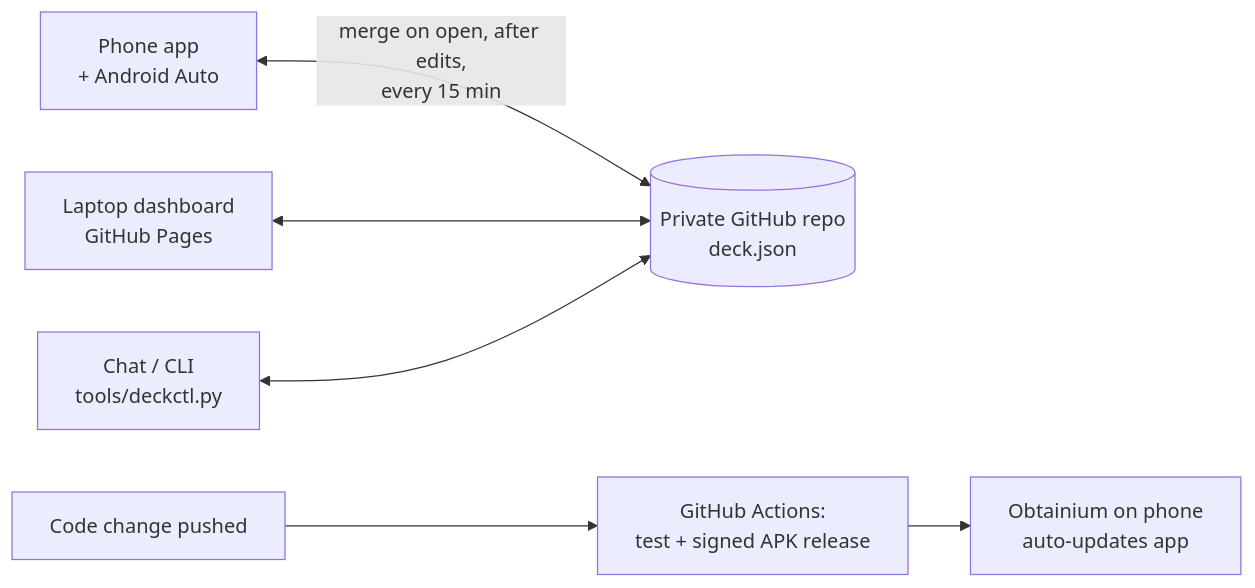
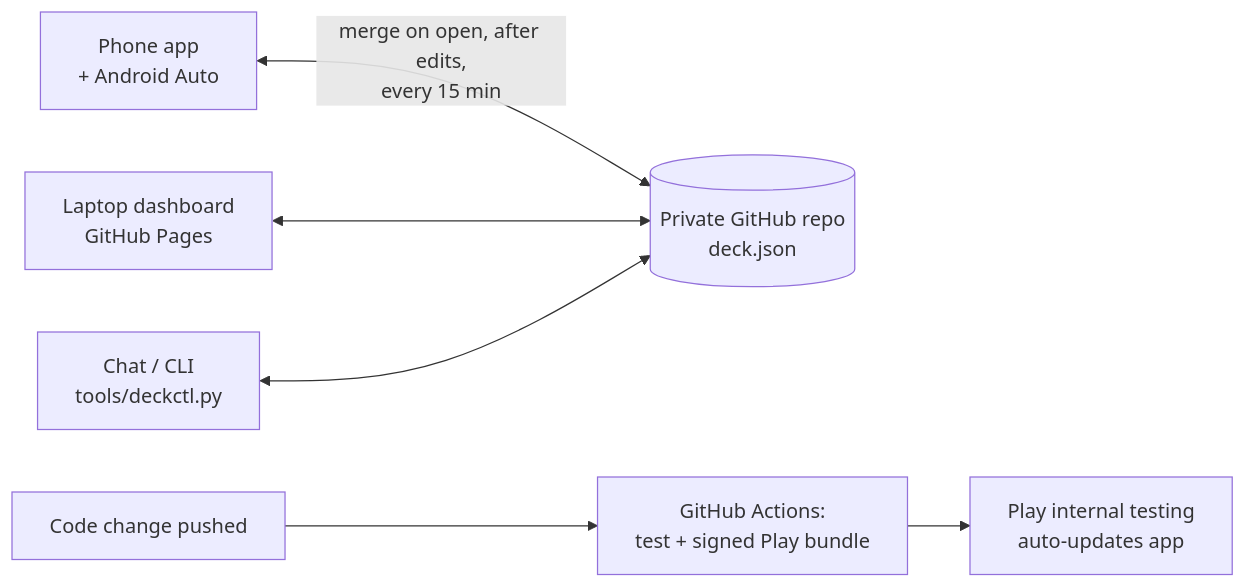
The diagram in README.md (LAZARZEC18/DRIVEDECK), drawn with Mermaid before and after one commit. The commit also changed other lines of this file and 8 other files, not shown here.

First line of the commit message:
Google Play build: upload-key release signing, com.lazarzec.drivedeck, Dev variant, privacy policy, Play internal-track CI

````diff
--- a/README.md
+++ b/README.md
@@ -40,7 +40,7 @@
 ```mermaid
 flowchart LR
     P[Phone app<br/>+ Android Auto] <-->|merge on open, after edits,<br/>every 15 min| G[(Private GitHub repo<br/>deck.json)]
     L[Laptop dashboard<br/>GitHub Pages] <--> G
     C[Chat / CLI<br/>tools/deckctl.py] <--> G
-    A[Code change pushed] --> CI[GitHub Actions:<br/>test + signed APK release] --> O[Obtainium on phone<br/>auto-updates app]
+    A[Code change pushed] --> CI[GitHub Actions:<br/>test + signed Play bundle] --> O[Play internal testing<br/>auto-updates app]
 ```
````
